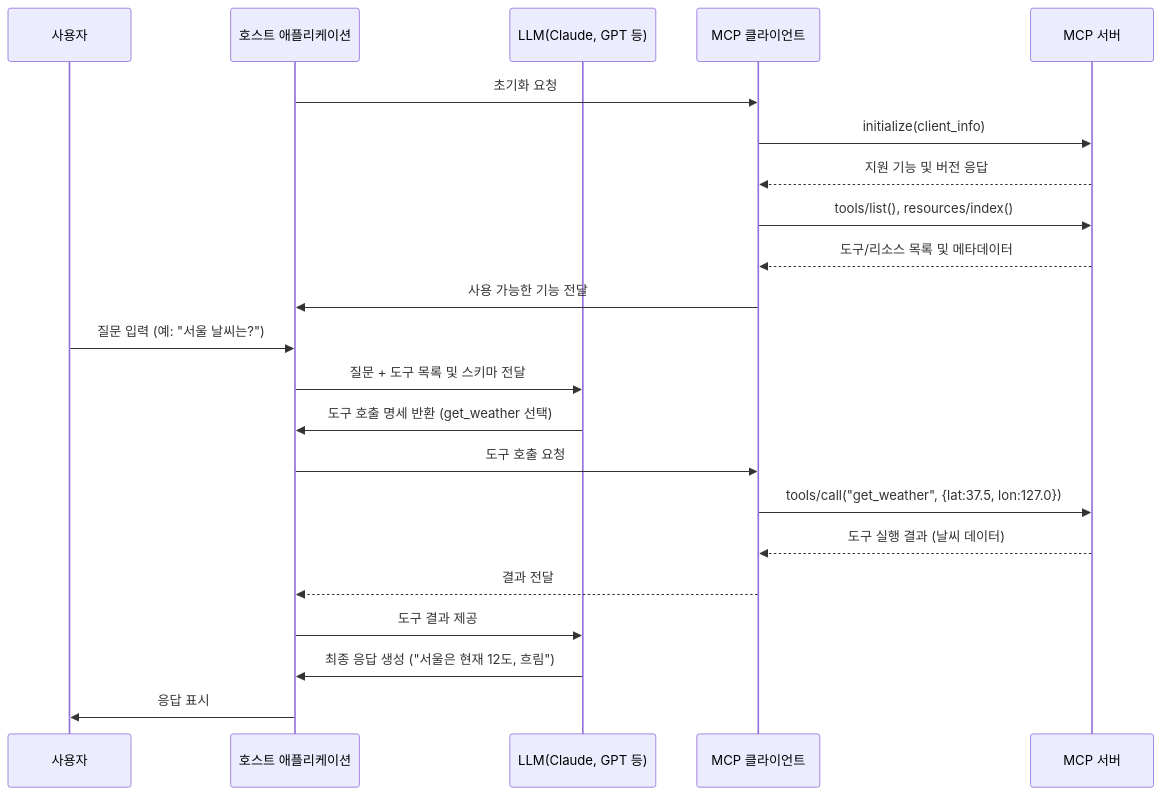
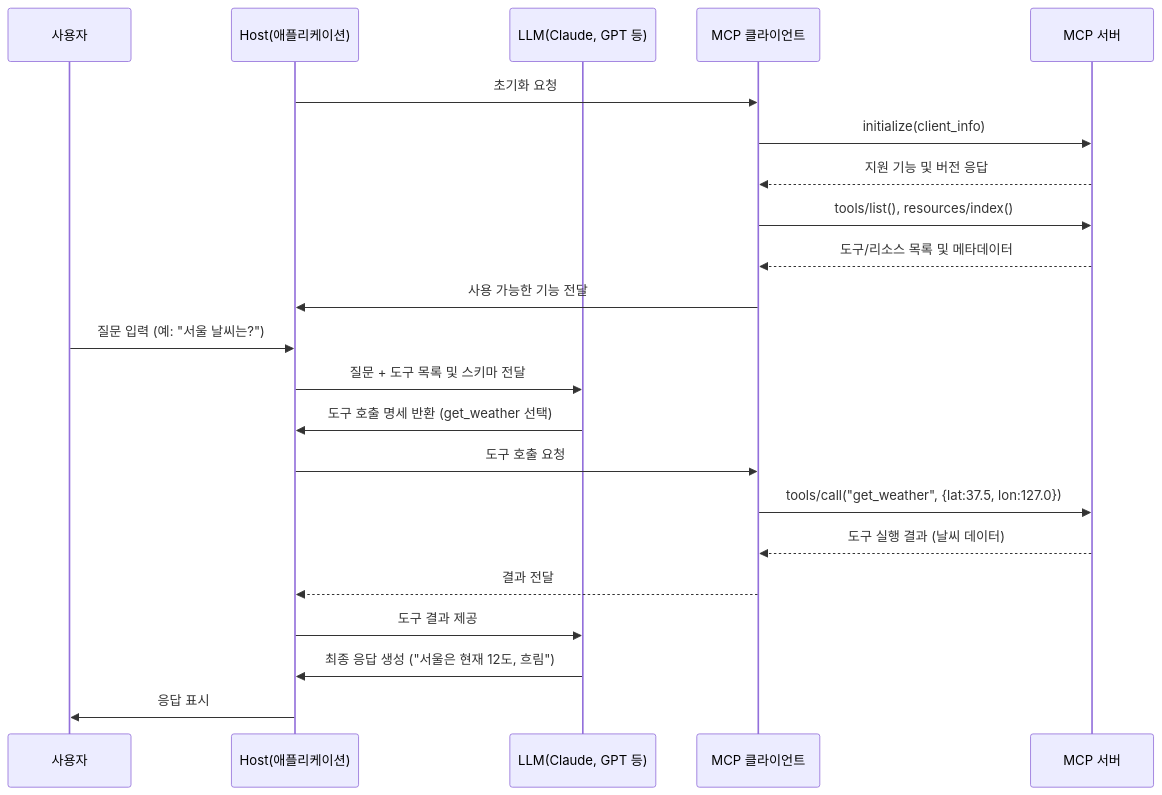
One commit to pai-bh/mcp-tutorial changed the diagram in docs/00_MCP란?.md. Above: the diagram before and after it, drawn with Mermaid. The commit also changed other lines of this file and 1 other file, not shown here.

````diff
--- a/docs/00_MCP란?.md
+++ b/docs/00_MCP란?.md
@@ -86,36 +86,36 @@
 ```mermaid
 sequenceDiagram
     participant User as 사용자
-    participant Host as 호스트 애플리케이션
+    participant Host as Host(애플리케이션)
     participant LLM as LLM(Claude, GPT 등)
     participant Client as MCP 클라이언트
     participant Server as MCP 서버
     
     %% 초기화 단계
     Host->>Client: 초기화 요청
     Client->>Server: initialize(client_info)
     Server-->>Client: 지원 기능 및 버전 응답
     
     %% 기능 탐색 단계
     Client->>Server: tools/list(), resources/index()
     Server-->>Client: 도구/리소스 목록 및 메타데이터
     Client->>Host: 사용 가능한 기능 전달
     
     %% 사용자 요청 처리
     User->>Host: 질문 입력 (예: "서울 날씨는?")
     Host->>LLM: 질문 + 도구 목록 및 스키마 전달
     
     %% 도구 선택 및 호출
     LLM->>Host: 도구 호출 명세 반환 (get_weather 선택)
     Host->>Client: 도구 호출 요청
     Client->>Server: tools/call("get_weather", {lat:37.5, lon:127.0})
     
     %% 결과 처리
     Server-->>Client: 도구 실행 결과 (날씨 데이터)
     Client-->>Host: 결과 전달
     Host->>LLM: 도구 결과 제공
     
     %% 최종 응답
     LLM->>Host: 최종 응답 생성 ("서울은 현재 12도, 흐림")
     Host->>User: 응답 표시
 ```
````
